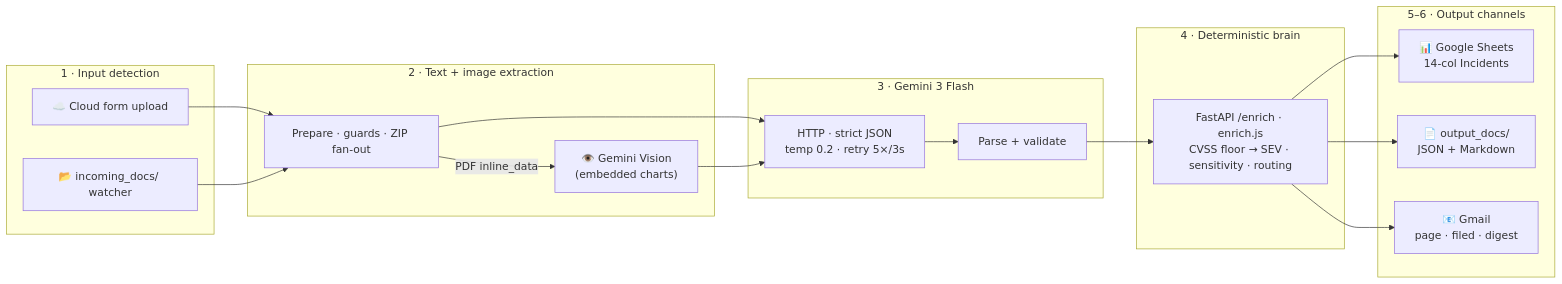
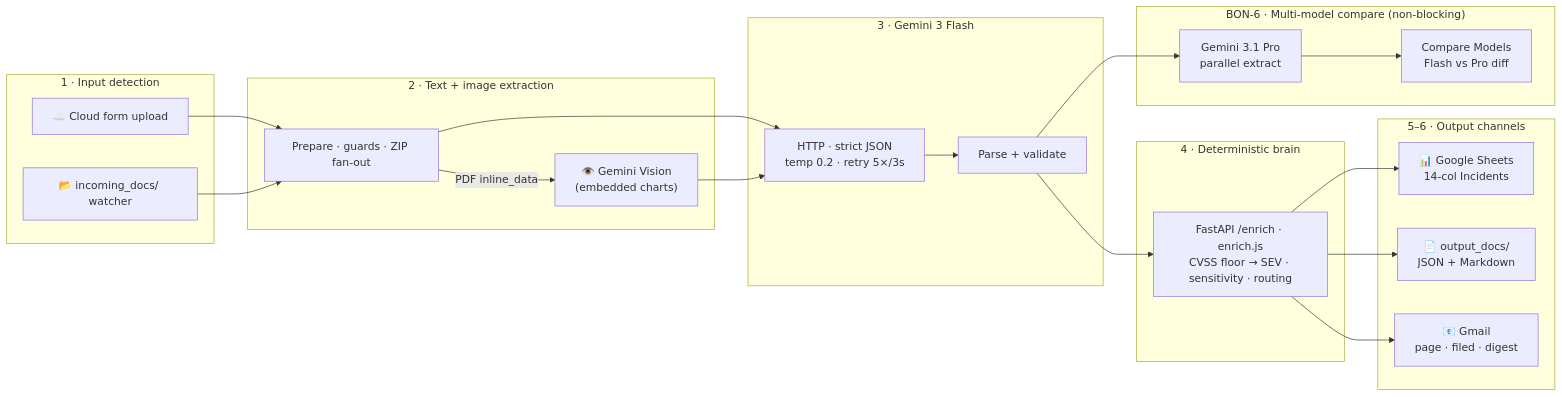
Before and after one commit to reem-mor/hindsight: the diagram in README.md, drawn with Mermaid. The commit also changed other lines of this file and 31 other files, not shown here.

````diff
--- a/README.md
+++ b/README.md
@@ -36,30 +36,35 @@
 ```mermaid
 flowchart LR
   subgraph input["1 · Input detection"]
     Form["☁️ Cloud form upload"]
     Watch["📂 incoming_docs/ watcher"]
   end
   subgraph extract["2 · Text + image extraction"]
     Prep["Prepare · guards · ZIP fan-out"]
     Vision["👁️ Gemini Vision<br/>(embedded charts)"]
   end
   subgraph analyze["3 · Gemini 3 Flash"]
     Flash["HTTP · strict JSON<br/>temp 0.2 · retry 5×/3s"]
     Parse["Parse + validate"]
+  end
+  subgraph compare6["BON-6 · Multi-model compare (non-blocking)"]
+    Pro["Gemini 3.1 Pro<br/>parallel extract"]
+    Cmp["Compare Models<br/>Flash vs Pro diff"]
   end
   subgraph brain["4 · Deterministic brain"]
     Enrich["FastAPI /enrich · enrich.js<br/>CVSS floor → SEV · sensitivity · routing"]
   end
   subgraph outputs["5–6 · Output channels"]
     Sheets["📊 Google Sheets<br/>14-col Incidents"]
     Files["📄 output_docs/<br/>JSON + Markdown"]
     Gmail["📧 Gmail<br/>page · filed · digest"]
   end
   Form --> Prep
   Watch --> Prep
   Prep -->|"PDF inline_data"| Vision
   Prep --> Flash
   Vision --> Flash
   Flash --> Parse --> Enrich
+  Parse --> Pro --> Cmp
   Enrich --> Sheets & Files & Gmail
 ```
````
